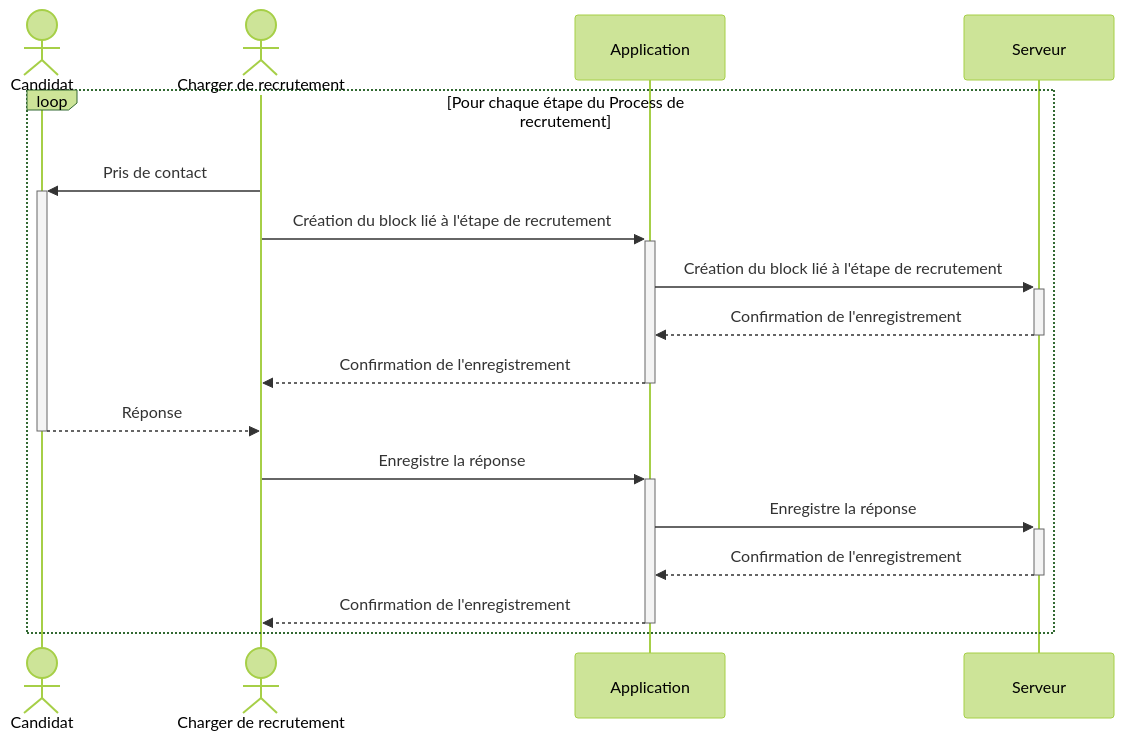
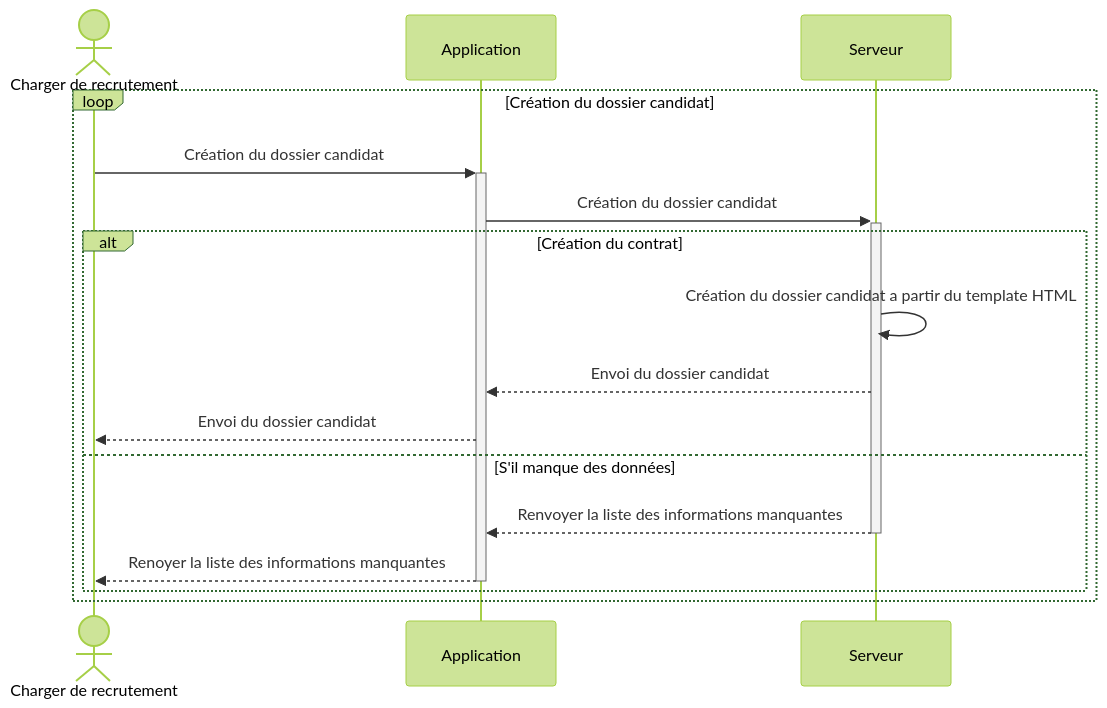
Before and after one commit to QuentinVdr/CompoMetier: the first of 5 diagrams in README.md, drawn with Mermaid (forest theme). The commit also changed other lines of this file, not shown here.

Commit message:
✨ Update README.md with candidate dossier creation sequence diagram

````diff
--- a/README.md
+++ b/README.md
@@ -9,20 +9,18 @@
 ```mermaid
 sequenceDiagram
-    actor C as Candidat
     actor CR as Charger de recrutement
     participant Front as Application
     participant Back as Serveur
-
-    loop Pour chaque étape du Process de recrutement
-        CR->>+C: Pris de contact
-        CR->>+Front: Création du block lié à l'étape de recrutement
-        Front->>+Back: Création du block lié à l'étape de recrutement
-        Back-->>-Front: Confirmation de l'enregistrement
-        Front-->>-CR: Confirmation de l'enregistrement
-        C-->>-CR: Réponse
-        CR->>+Front: Enregistre la réponse
-        Front->>+Back: Enregistre la réponse
-        Back-->>-Front: Confirmation de l'enregistrement
-        Front-->>-CR: Confirmation de l'enregistrement
+    loop Création du dossier candidat
+        CR->>+Front: Création du dossier candidat
+        Front->>+Back: Création du dossier candidat
+        alt Création du contrat
+            Back->>Back: Création du dossier candidat a partir du template HTML
+            Back-->>Front: Envoi du dossier candidat
+            Front-->>CR: Envoi du dossier candidat
+        else S'il manque des données
+            Back-->>-Front: Renvoyer la liste des informations manquantes
+            Front-->>-CR: Renoyer la liste des informations manquantes
+        end
     end
 ```
````
